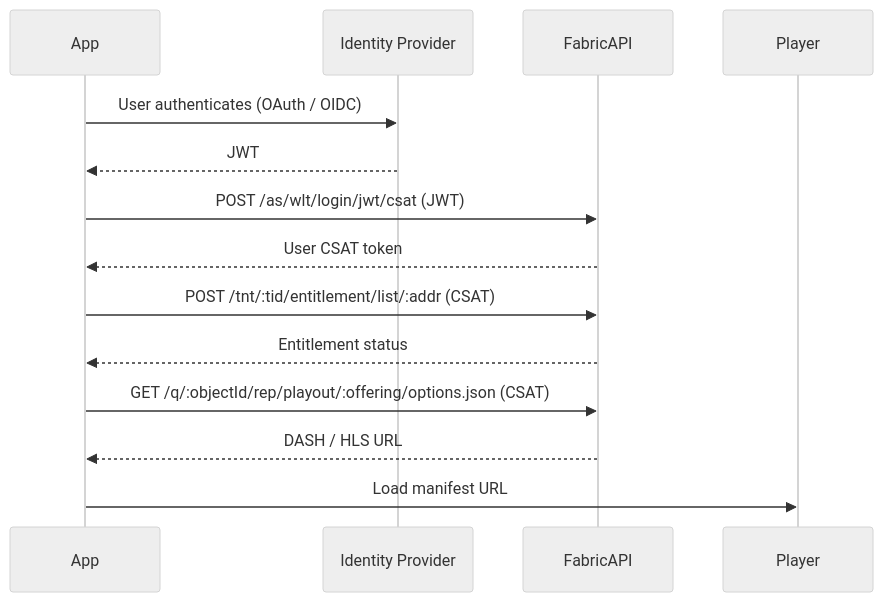
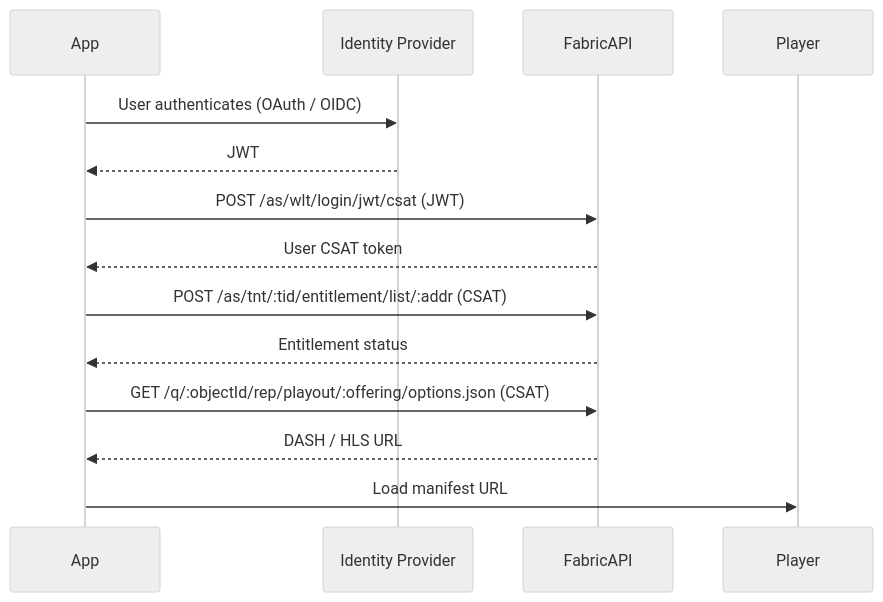
Before and after one commit to eluv-io/elv-docs: the diagram in media-wallet/playout/README.md, drawn with Mermaid (neutral theme). The commit also changed other lines of this file and 2 other files, not shown here.

````diff
--- a/media-wallet/playout/README.md
+++ b/media-wallet/playout/README.md
@@ -9,21 +11,21 @@
 ```mermaid
 sequenceDiagram
     participant App
     participant IdP as Identity Provider
     participant FabricAPI
     participant Player
 
     App->>IdP: User authenticates (OAuth / OIDC)
     IdP-->>App: JWT
 
     App->>FabricAPI: POST /as/wlt/login/jwt/csat (JWT)
     FabricAPI-->>App: User CSAT token
 
-    App->>FabricAPI: POST /tnt/:tid/entitlement/list/:addr (CSAT)
+    App->>FabricAPI: POST /as/tnt/:tid/entitlement/list/:addr (CSAT)
     FabricAPI-->>App: Entitlement status
 
     App->>FabricAPI: GET /q/:objectId/rep/playout/:offering/options.json (CSAT)
     FabricAPI-->>App: DASH / HLS URL
 
     App->>Player: Load manifest URL
 ```
````
